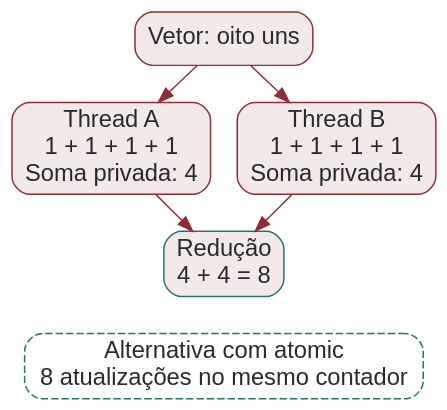
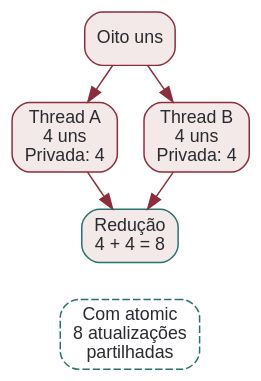
The diagram in src/content/cpd/reducao.dot (rodrgds/resumos), drawn with Graphviz before and after one commit. The commit also changed 25 other files, not shown here.

```diff
--- a/src/content/cpd/reducao.dot
+++ b/src/content/cpd/reducao.dot
@@ -1,16 +1,16 @@
 digraph Reducao {
   graph [bgcolor="transparent", rankdir=TB, pad=0.15, nodesep=0.25, ranksep=0.35];
-  node [shape=box, style="rounded,filled", fillcolor="#f3e9e9", color="#8c2d3b", fontcolor="#292a30", fontname="Arial", fontsize=16];
+  node [shape=box, style="rounded,filled", fillcolor="#f3e9e9", color="#8c2d3b", fontcolor="#292a30", fontname="Arial", fontsize=12];
   edge [color="#8c2d3b"];
-  vetor [label="Vetor: oito uns"];
-  a [label="Thread A\n1 + 1 + 1 + 1\nSoma privada: 4"];
-  b [label="Thread B\n1 + 1 + 1 + 1\nSoma privada: 4"];
+  vetor [label="Oito uns"];
+  a [label="Thread A\n4 uns\nPrivada: 4"];
+  b [label="Thread B\n4 uns\nPrivada: 4"];
   total [label="Redução\n4 + 4 = 8", color="#28716c"];
-  partilhado [label="Alternativa com atomic\n8 atualizações no mesmo contador", style="rounded,dashed", color="#28716c"];
+  partilhado [label="Com atomic\n8 atualizações\npartilhadas", style="rounded,dashed", color="#28716c"];
   { rank=same; a; b; }
   vetor -> a;
   vetor -> b;
   a -> total;
   b -> total;
   total -> partilhado [style=invis];
 }
```
